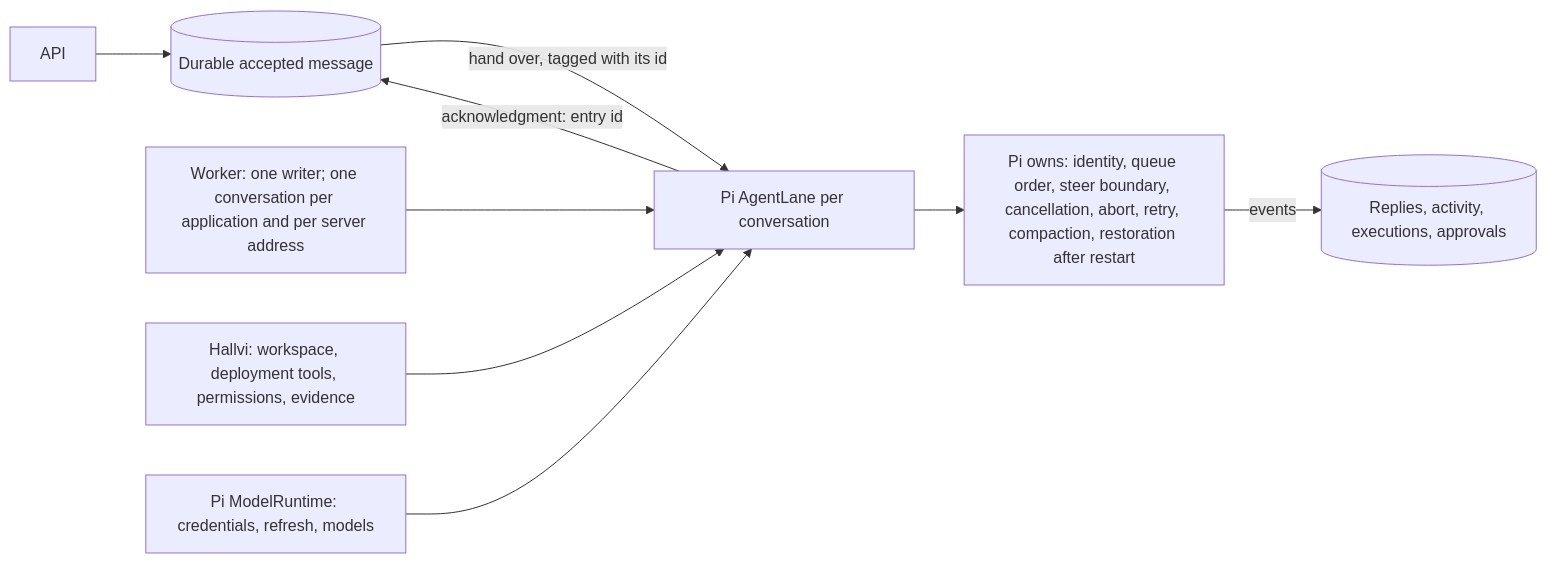
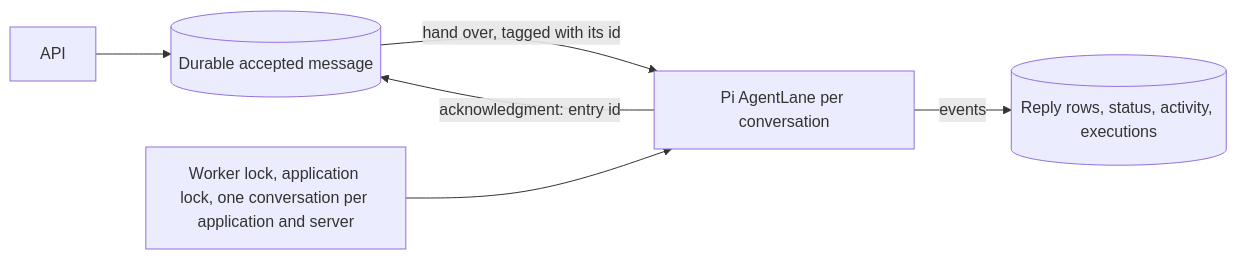
Before and after one commit to lustoykov/hallvi: the second of 3 diagrams in docs/architecture/conversation-lifecycle.md, drawn with Mermaid. The commit also changed other lines of this file and 71 other files, not shown here.

````diff
--- a/docs/architecture/conversation-lifecycle.md
+++ b/docs/architecture/conversation-lifecycle.md
@@ -22,11 +22,8 @@
 ```mermaid
 flowchart LR
   API[API] --> Rows[(Durable accepted message)]
   Rows -->|hand over, tagged with its id| Lane[Pi AgentLane per conversation]
   Lane -->|acknowledgment: entry id| Rows
-  Lane --> Pi[Pi owns: identity, queue order, steer boundary, cancellation, abort, retry, compaction, restoration after restart]
-  Pi -->|events| Records[(Replies, activity, executions, approvals)]
-  Gate[Worker: one writer; one conversation per application and per server address] --> Lane
-  Tools[Hallvi: workspace, deployment tools, permissions, evidence] --> Lane
-  Runtime[Pi ModelRuntime: credentials, refresh, models] --> Lane
+  Lane -->|events| Records[(Reply rows, status, activity, executions)]
+  Gate[Worker lock, application lock, one conversation per application and server] --> Lane
 ```
````
